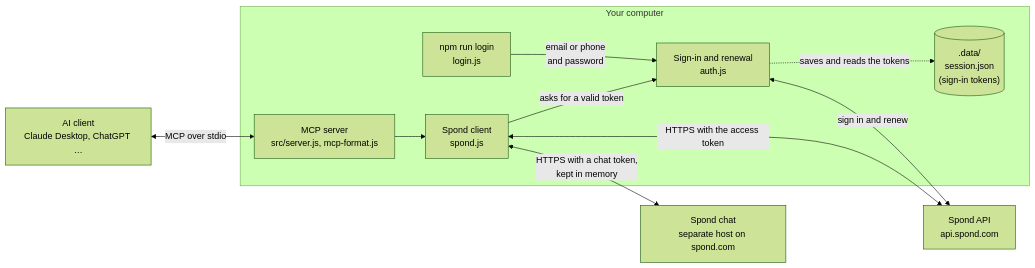
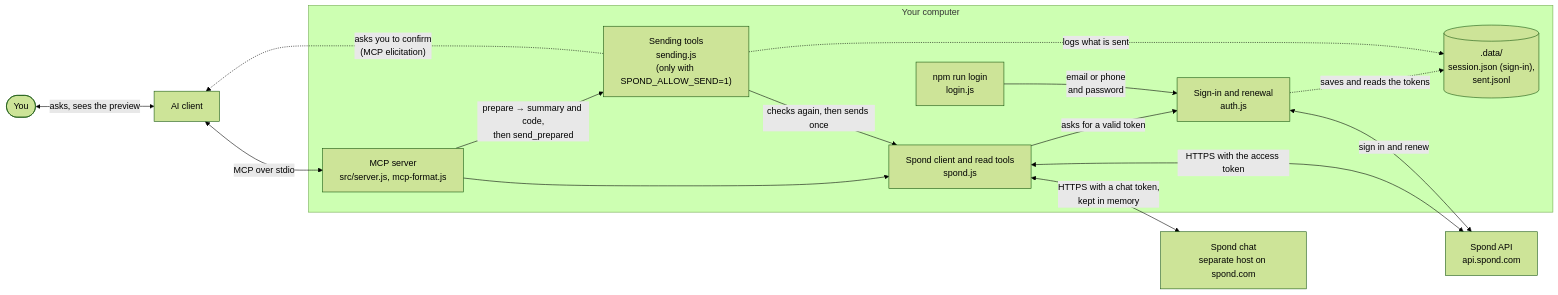
The diagram in README.md (kristoffervp/spond-mcp), drawn with Mermaid (forest theme) before and after one commit. The commit also changed other lines of this file and 12 other files, not shown here.

````diff
--- a/README.md
+++ b/README.md
@@ -60,21 +81,28 @@
 ```mermaid
 flowchart LR
-  client["AI client<br/>Claude Desktop, ChatGPT …"]
+  you(["You"])
+  client["AI client"]
   subgraph computer["Your computer"]
     server["MCP server<br/>src/server.js, mcp-format.js"]
-    spond["Spond client<br/>spond.js"]
+    spond["Spond client and read tools<br/>spond.js"]
+    send["Sending tools<br/>sending.js<br/>(only with SPOND_ALLOW_SEND=1)"]
     auth["Sign-in and renewal<br/>auth.js"]
     login["npm run login<br/>login.js"]
-    data[(".data/<br/>session.json<br/>(sign-in tokens)")]
+    data[(".data/<br/>session.json (sign-in),<br/>sent.jsonl")]
   end
   api["Spond API<br/>api.spond.com"]
   chat["Spond chat<br/>separate host on spond.com"]
+  you <-->|"asks, sees the preview"| client
   client <-->|"MCP over stdio"| server
   server --> spond
+  server -->|"prepare → summary and code,<br/>then send_prepared"| send
+  send -.->|"asks you to confirm<br/>(MCP elicitation)"| client
+  send -->|"checks again, then sends once"| spond
   spond -->|"asks for a valid token"| auth
   spond <-->|"HTTPS with the access token"| api
   spond <-->|"HTTPS with a chat token,<br/>kept in memory"| chat
   login -->|"email or phone<br/>and password"| auth
   auth <-->|"sign in and renew"| api
   auth -.->|"saves and reads the tokens"| data
+  send -.->|"logs what is sent"| data
 ```
````
